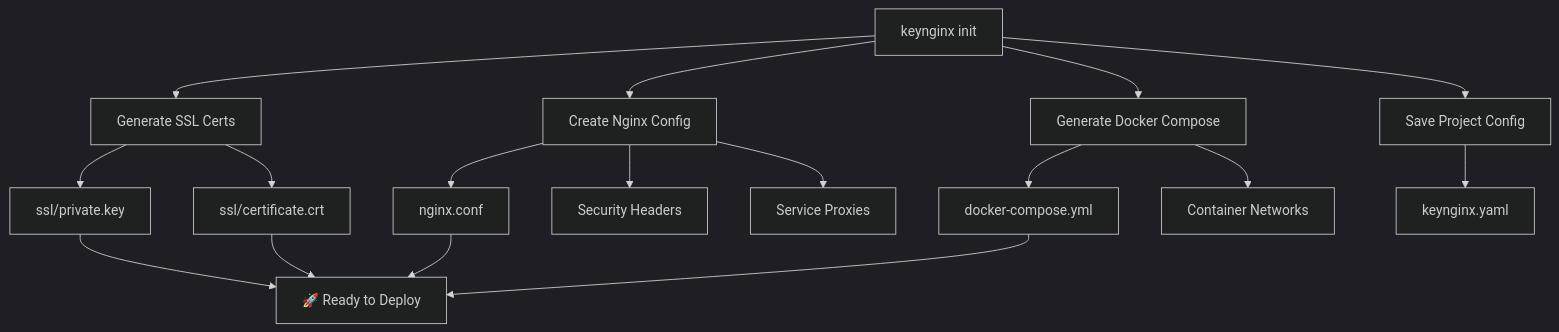
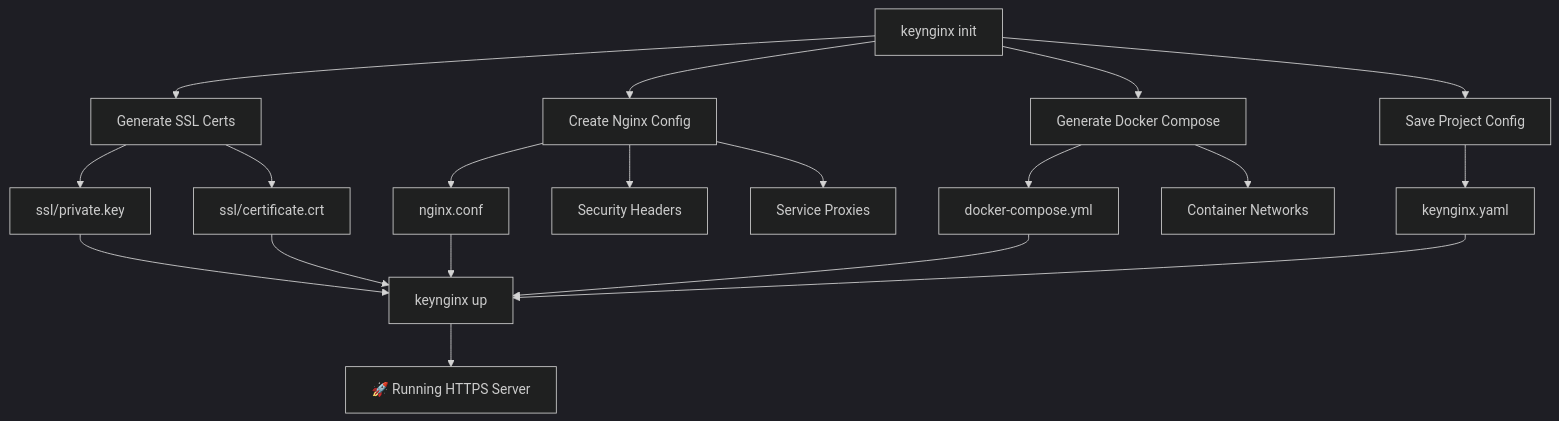
Before and after one commit to sinhaparth5/keynginx: the first of 2 diagrams in README.md, drawn with Mermaid (dark theme). The commit also changed other lines of this file, not shown here.

````diff
--- a/README.md
+++ b/README.md
@@ -29,24 +32,27 @@
 ```mermaid
 graph TD
     A[keynginx init] --> B[Generate SSL Certs]
     A --> C[Create Nginx Config]
     A --> D[Generate Docker Compose]
     A --> E[Save Project Config]
     
     B --> F[ssl/private.key]
     B --> G[ssl/certificate.crt]
     
     C --> H[nginx.conf]
     C --> I[Security Headers]
     C --> J[Service Proxies]
     
     D --> K[docker-compose.yml]
     D --> L[Container Networks]
     
     E --> M[keynginx.yaml]
     
-    H --> N[🚀 Ready to Deploy]
+    F --> N[keynginx up]
+    G --> N
+    H --> N
     K --> N
-    F --> N
-    G --> N
+    M --> N
+    
+    N --> O[🚀 Running HTTPS Server]
 ```
````
